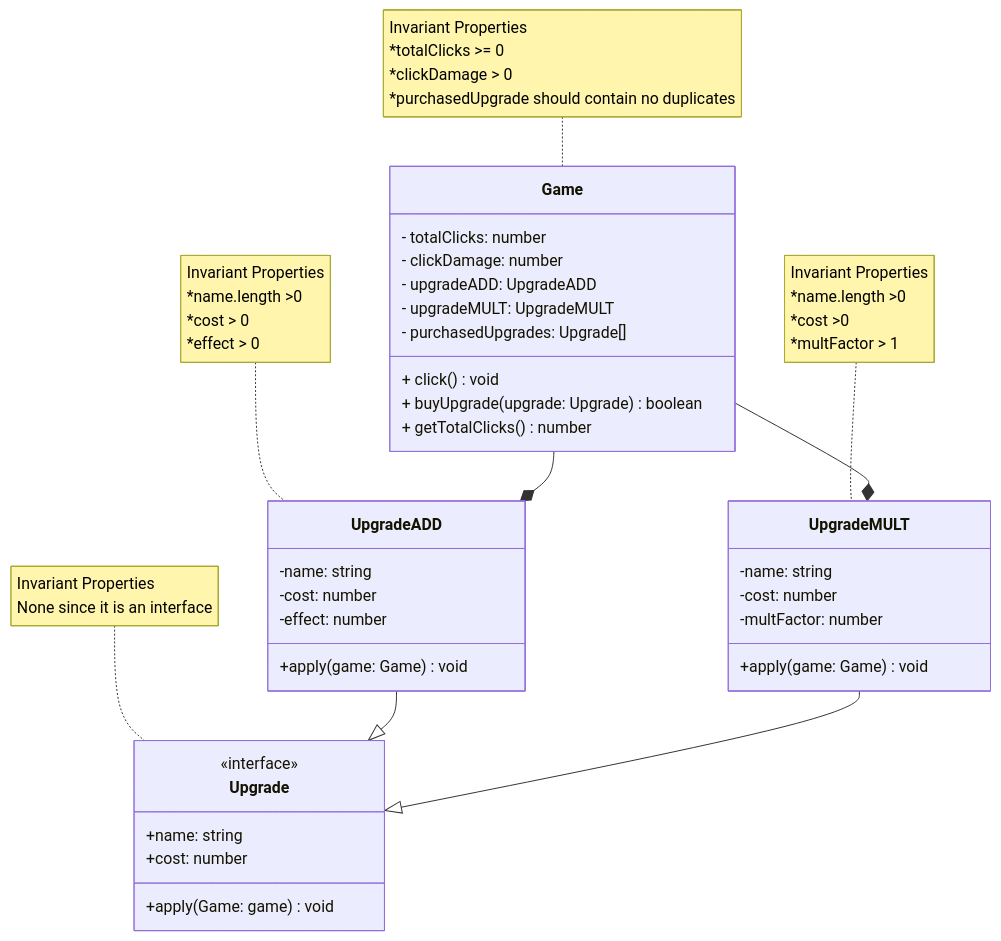
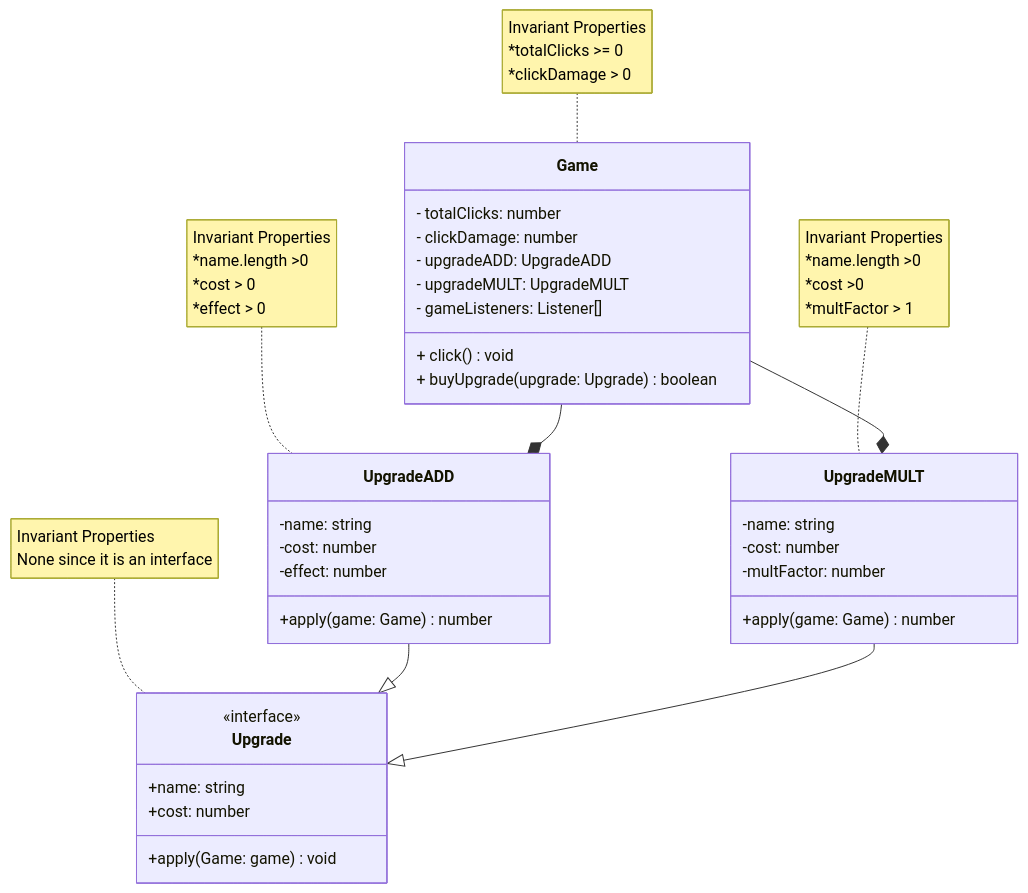
Before and after one commit to mahmudl-1/2452-Clicker: the diagram in domain.md, drawn with Mermaid. The commit also changed 16 other files, not shown here.

````diff
--- a/domain.md
+++ b/domain.md
@@ -9,65 +9,63 @@
 ```mermaid
 classDiagram
     class Game{
         %% Assuming getters and constructors are placed
         - totalClicks: number
         - clickDamage: number
         - upgradeADD: UpgradeADD
         - upgradeMULT: UpgradeMULT
-        - purchasedUpgrades: Upgrade[]
+        - gameListeners: Listener[]
         + click() void
         %%Implements the upgrade, increases clicks and spends clicks
         %%calls Upgrade apply
         + buyUpgrade(upgrade: Upgrade) boolean
-        + getTotalClicks() number
     }
     note for Game "Invariant Properties
                     *totalClicks >= 0
-                    *clickDamage > 0
-                    *purchasedUpgrade should contain no duplicates"
+                    *clickDamage > 0 "
     
     class Upgrade{
        <<interface>>
        +name: string
        +cost: number
        +apply(Game: game) void
     }
     
     note for Upgrade "Invariant Properties
                       None since it is an interface"
     
     class UpgradeADD{
         -name: string
         -cost: number
         -effect: number
-        +apply(game: Game) void
+        +apply(game: Game) number
     }
     
     note for UpgradeADD "Invariant Properties
                          *name.length >0
                          *cost > 0
                          *effect > 0
                         "       
     
     class UpgradeMULT{
         -name: string
         -cost: number
         -multFactor: number
-        +apply(game: Game) void
+        +apply(game: Game) number
     }
     
     note for UpgradeMULT "Invariant Properties
                           *name.length >0
                           *cost >0 
                           *multFactor > 1
                           "
     
  %%Cardinality composition
     Game --* UpgradeADD
     Game --* UpgradeMULT
 %% Implements
     UpgradeADD --|> Upgrade
     UpgradeMULT --|> Upgrade
     
     
 ```
````
